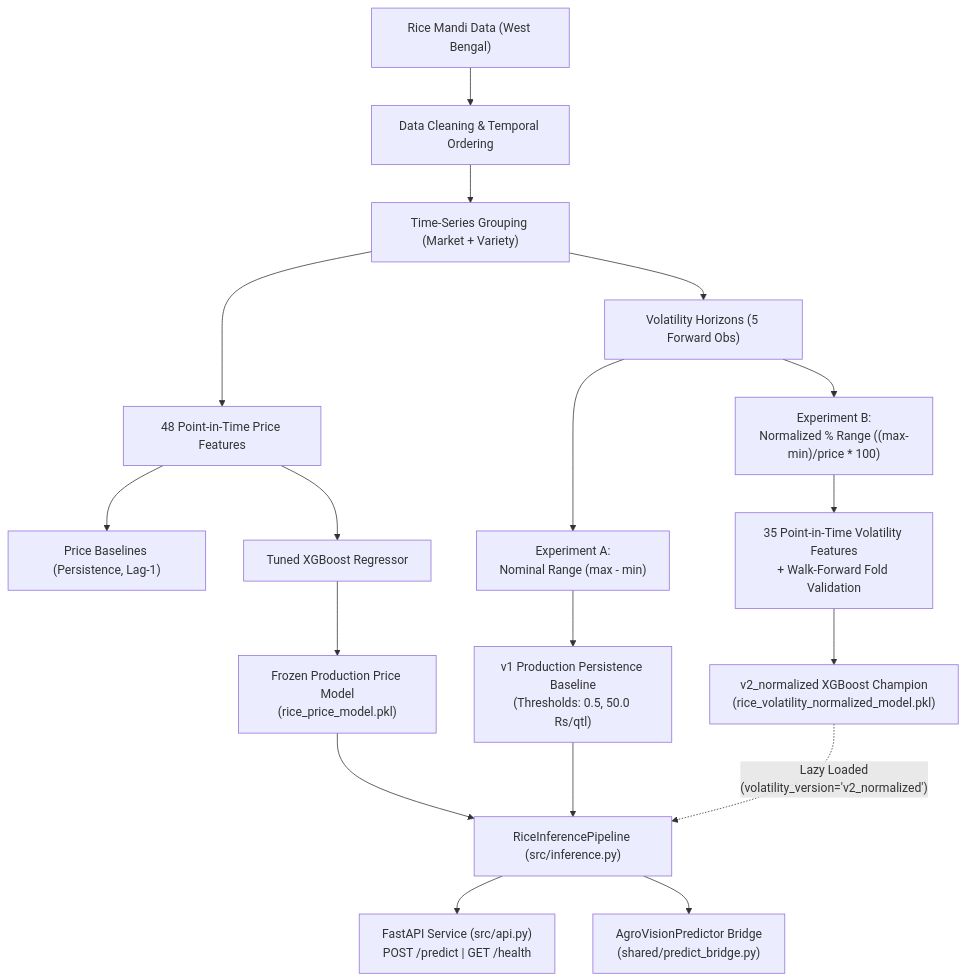
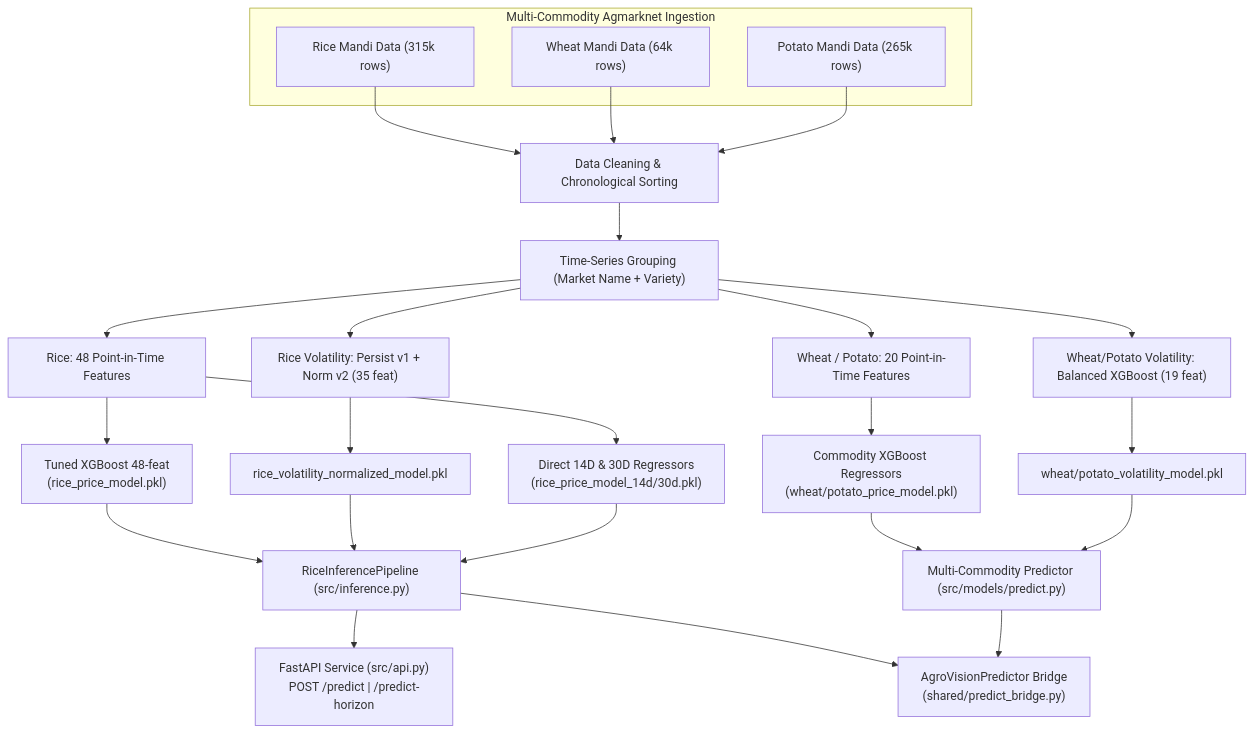
The diagram in member2-price-volatility/README.md (tanmay202/AgroVision-ML), drawn with Mermaid before and after one commit. The commit also changed other lines of this file and 148 other files, not shown here.

Commit message:
Baseline: multi-commodity reorganization and V1 models

````diff
--- a/member2-price-volatility/README.md
+++ b/member2-price-volatility/README.md
@@ -122,28 +158,31 @@
 ```mermaid
 flowchart TD
-    A["Rice Mandi Data (West Bengal)"] --> B["Data Cleaning & Temporal Ordering"]
-    B --> C["Time-Series Grouping (Market + Variety)"]
+    subgraph MultiCommodityData ["Multi-Commodity Agmarknet Ingestion"]
+        A1["Rice Mandi Data (315k rows)"]
+        A2["Wheat Mandi Data (64k rows)"]
+        A3["Potato Mandi Data (265k rows)"]
+    end
+
+    A1 & A2 & A3 --> B["Data Cleaning & Chronological Sorting"]
+    B --> C["Time-Series Grouping (Market Name + Variety)"]
 
     %% Price Path
-    C --> D["48 Point-in-Time Price Features"]
-    D --> E["Price Baselines (Persistence, Lag-1)"]
-    D --> F["Tuned XGBoost Regressor"]
-    F --> G["Frozen Production Price Model\n(rice_price_model.pkl)"]
+    C --> D1["Rice: 48 Point-in-Time Features"]
+    C --> D2["Wheat / Potato: 20 Point-in-Time Features"]
+    D1 --> E1["Tuned XGBoost 48-feat\n(rice_price_model.pkl)"]
+    D1 --> E2["Direct 14D & 30D Regressors\n(rice_price_model_14d/30d.pkl)"]
+    D2 --> E3["Commodity XGBoost Regressors\n(wheat/potato_price_model.pkl)"]
 
     %% Volatility Path
-    C --> H["Volatility Horizons (5 Forward Obs)"]
-    H --> I["Experiment A:\nNominal Range (max - min)"]
-    H --> J["Experiment B:\nNormalized % Range ((max-min)/price * 100)"]
-
-    I --> K["v1 Production Persistence Baseline\n(Thresholds: 0.5, 50.0 Rs/qtl)"]
-    J --> L["35 Point-in-Time Volatility Features\n+ Walk-Forward Fold Validation"]
-    L --> M["v2_normalized XGBoost Champion\n(rice_volatility_normalized_model.pkl)"]
+    C --> F1["Rice Volatility: Persist v1 + Norm v2 (35 feat)"]
+    C --> F2["Wheat/Potato Volatility: Balanced XGBoost (19 feat)"]
+    F1 --> G1["rice_volatility_normalized_model.pkl"]
+    F2 --> G2["wheat/potato_volatility_model.pkl"]
 
     %% Serving Layer
-    G --> N["RiceInferencePipeline (src/inference.py)"]
-    K --> N
-    M -.->|"Lazy Loaded\n(volatility_version='v2_normalized')"| N
-
-    N --> O["FastAPI Service (src/api.py)\nPOST /predict | GET /health"]
-    N --> P["AgroVisionPredictor Bridge\n(shared/predict_bridge.py)"]
+    E1 & G1 --> H["RiceInferencePipeline (src/inference.py)"]
+    E2 --> H
+    E3 & G2 --> I["Multi-Commodity Predictor (src/models/predict.py)"]
+    H --> J["FastAPI Service (src/api.py)\nPOST /predict | /predict-horizon"]
+    H & I --> K["AgroVisionPredictor Bridge\n(shared/predict_bridge.py)"]
 ```
````
